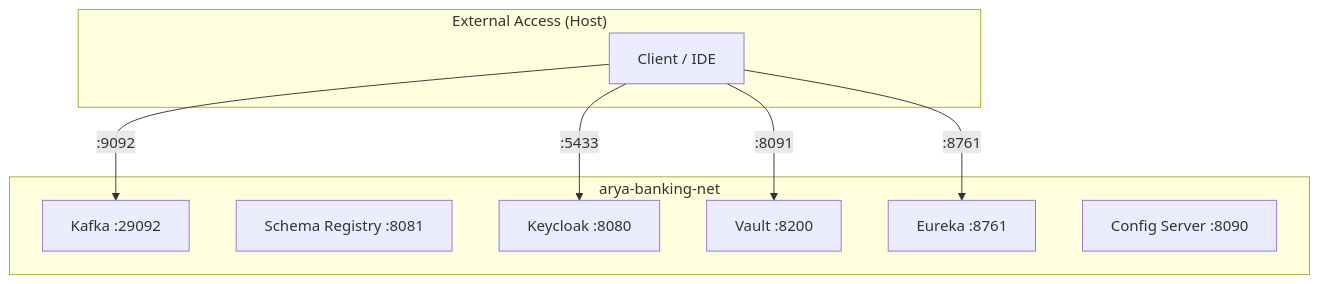
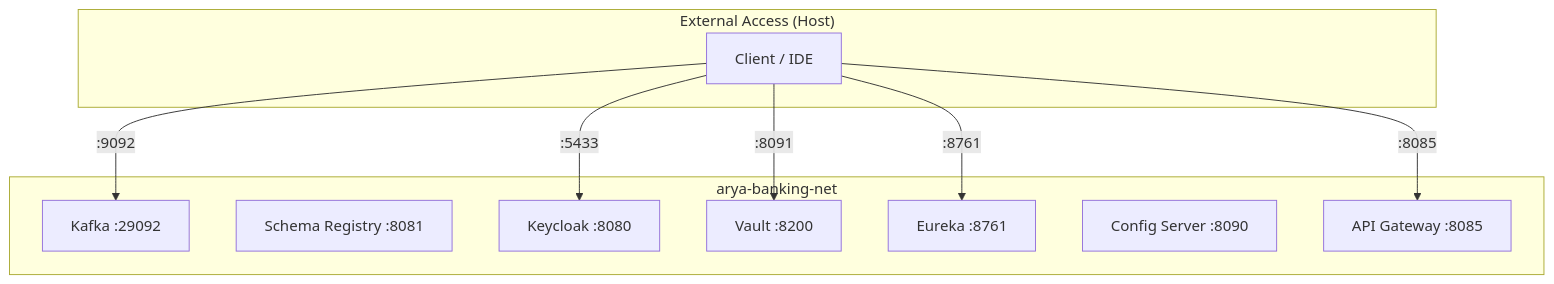
One commit to Event-Based-Banking-Application/arya-banking changed the diagram in content/docs/infra/docker-compose.md. Above: the diagram before and after it, drawn with Mermaid. The commit also changed other lines of this file and 15 other files, not shown here.

First line of the commit message:
docs: align infra and api-gateway docs with actual codebase state

````diff
--- a/content/docs/infra/docker-compose.md
+++ b/content/docs/infra/docker-compose.md
@@ -82,20 +83,22 @@
 ```mermaid
 flowchart TD
     subgraph "External Access (Host)"
         C[Client / IDE]
     end
 
     subgraph "arya-banking-net"
         K[Kafka :29092]
         SR[Schema Registry :8081]
         KC[Keycloak :8080]
         VT[Vault :8200]
         EUR[Eureka :8761]
         CS[Config Server :8090]
+        GW[API Gateway :8085]
     end
 
     C -->|:9092| K
     C -->|:5433| KC
     C -->|:8091| VT
     C -->|:8761| EUR
+    C -->|:8085| GW
 ```
````
